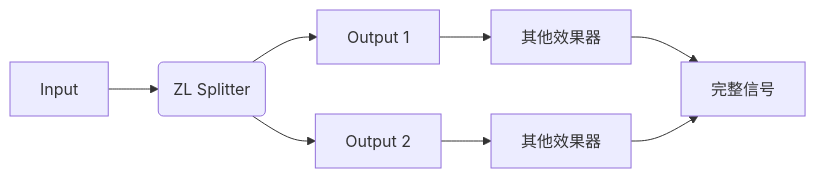
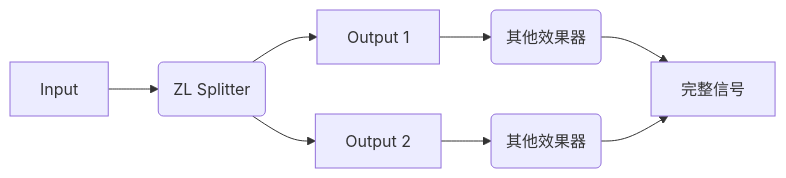
Before and after one commit to ZL-Audio/zl-audio.github.io: the first of 2 diagrams in content/zh-cn/plugins/zlsplitter/_index.md, drawn with Mermaid. The commit also changed other lines of this file and 1 other file, not shown here.

````diff
--- a/content/zh-cn/plugins/zlsplitter/_index.md
+++ b/content/zh-cn/plugins/zlsplitter/_index.md
@@ -21,6 +22,6 @@
 ```mermaid
 flowchart LR
     A[Input] -->B(ZL Splitter)
-    B --> C[Output 1] --> C1[其他效果器] --> E[完整信号]
-    B --> D[Output 2] --> D1[其他效果器] --> E
+    B --> C[Output 1] --> C1(其他效果器) --> E[完整信号]
+    B --> D[Output 2] --> D1(其他效果器) --> E
 ```
````
